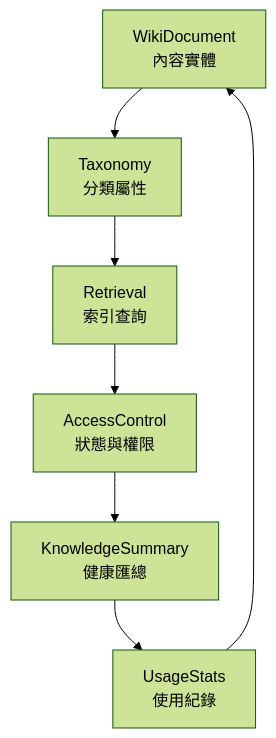
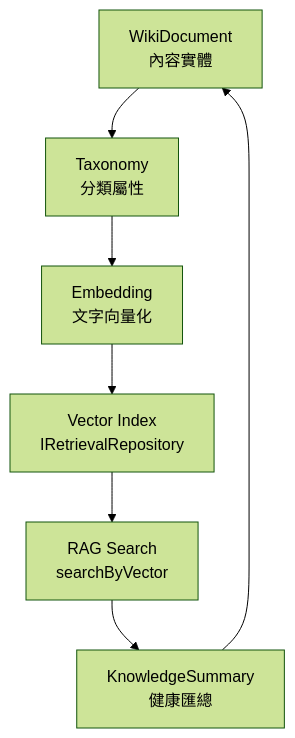
The diagram in core/wiki-core/README.md (122sp7/xuanwu-app), drawn with Mermaid (forest theme) before and after one commit. The commit also changed other lines of this file and 3 other files, not shown here.

Commit message:
feat(wiki-core): add Embedding VO + IEmbeddingRepository port — complete Knowledge+Taxonomy+Vector+Embedding+RAG domain coverage

````diff
--- a/core/wiki-core/README.md
+++ b/core/wiki-core/README.md
@@ -45,9 +58,9 @@
 ```mermaid
 flowchart TD
     A[WikiDocument<br/>內容實體] --> B[Taxonomy<br/>分類屬性]
-    B --> C[Retrieval<br/>索引查詢]
-    C --> D[AccessControl<br/>狀態與權限]
-    D --> E[KnowledgeSummary<br/>健康匯總]
-    E --> F[UsageStats<br/>使用紀錄]
+    B --> C[Embedding<br/>文字向量化]
+    C --> D[Vector Index<br/>IRetrievalRepository]
+    D --> E[RAG Search<br/>searchByVector]
+    E --> F[KnowledgeSummary<br/>健康匯總]
     F --> A
 ```
````
